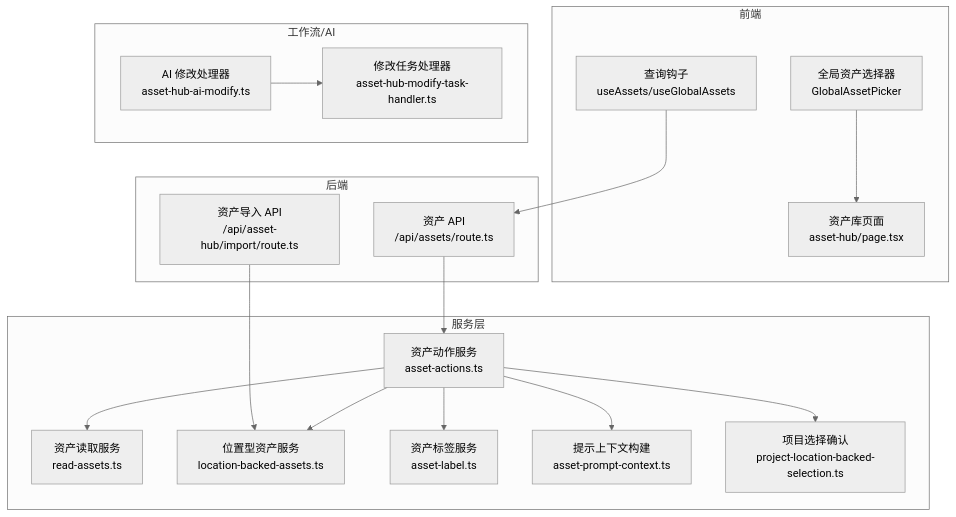
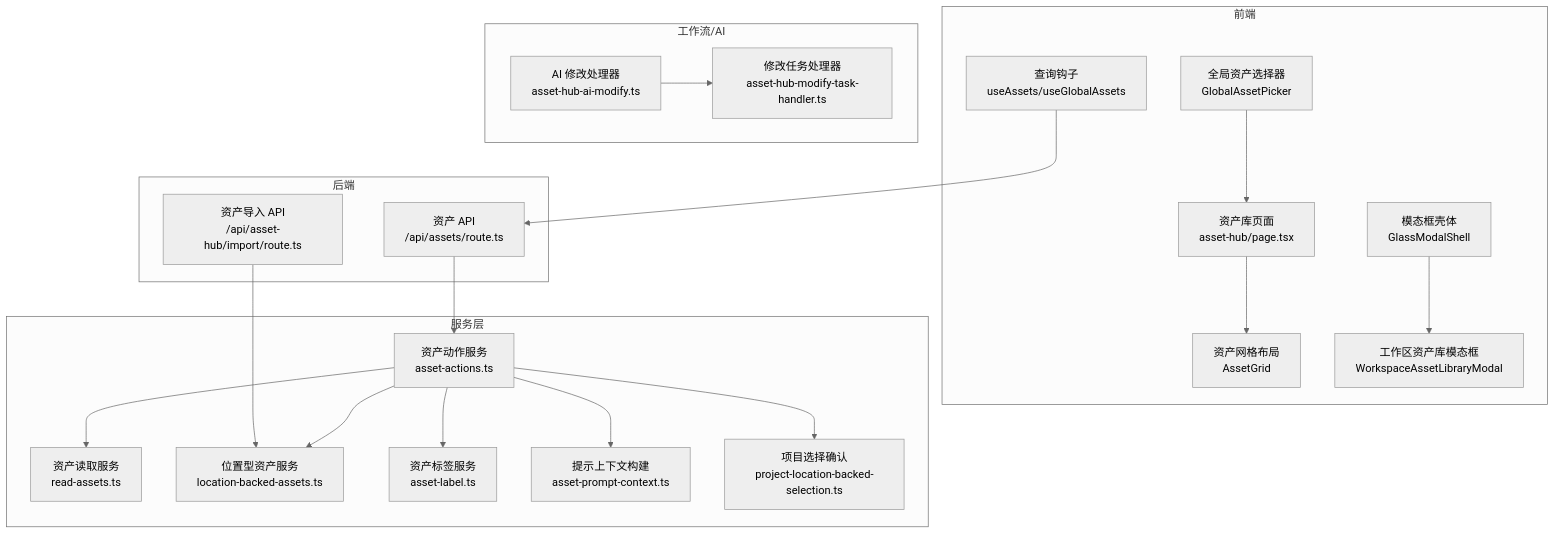
Before and after one commit to lyl2021/waoowaoo: the first of 5 diagrams in .qoder/repowiki/zh/content/资产管理/资产管理.md, drawn with Mermaid (neutral theme). The commit also changed other lines of this file and 15 other files, not shown here.

````diff
--- a/.qoder/repowiki/zh/content/资产管理/资产管理.md
+++ b/.qoder/repowiki/zh/content/资产管理/资产管理.md
@@ -47,34 +56,39 @@
 ```mermaid
 graph TB
 subgraph "前端"
 Hooks["查询钩子<br/>useAssets/useGlobalAssets"]
 Picker["全局资产选择器<br/>GlobalAssetPicker"]
 HubPage["资产库页面<br/>asset-hub/page.tsx"]
+AssetGrid["资产网格布局<br/>AssetGrid"]
+ModalShell["模态框壳体<br/>GlassModalShell"]
+WorkspaceModal["工作区资产库模态框<br/>WorkspaceAssetLibraryModal"]
 end
 subgraph "后端"
 API["资产 API<br/>/api/assets/route.ts"]
 ImportAPI["资产导入 API<br/>/api/asset-hub/import/route.ts"]
 end
 subgraph "服务层"
 Actions["资产动作服务<br/>asset-actions.ts"]
 ReadAssets["资产读取服务<br/>read-assets.ts"]
 LocBacked["位置型资产服务<br/>location-backed-assets.ts"]
 Label["资产标签服务<br/>asset-label.ts"]
 PromptCtx["提示上下文构建<br/>asset-prompt-context.ts"]
 ProjSel["项目选择确认<br/>project-location-backed-selection.ts"]
 end
 subgraph "工作流/AI"
 ModifyAI["AI 修改处理器<br/>asset-hub-ai-modify.ts"]
 ModifyTask["修改任务处理器<br/>asset-hub-modify-task-handler.ts"]
 end
 Hooks --> API
 Picker --> HubPage
+HubPage --> AssetGrid
+ModalShell --> WorkspaceModal
 API --> Actions
 Actions --> ReadAssets
 Actions --> LocBacked
 Actions --> Label
 Actions --> PromptCtx
 Actions --> ProjSel
 ModifyAI --> ModifyTask
 ImportAPI --> LocBacked
 ```
````
